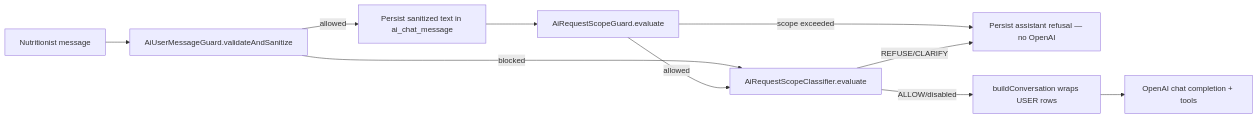
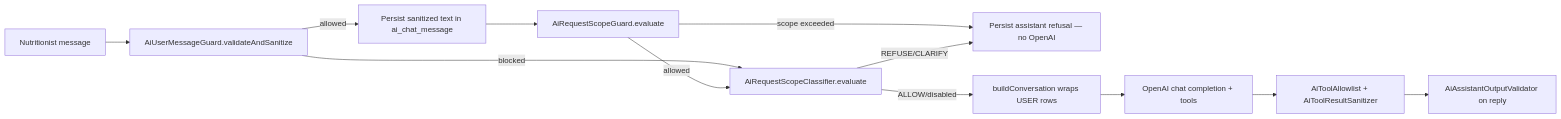
One commit to diego-torres/nutriconsultas changed the diagram in docs/ai/PROMPT-SECURITY.md. Above: the diagram before and after it, drawn with Mermaid. The commit also changed other lines of this file and 21 other files, not shown here.

````diff
--- a/docs/ai/PROMPT-SECURITY.md
+++ b/docs/ai/PROMPT-SECURITY.md
@@ -26,12 +31,14 @@
 ```mermaid
 flowchart LR
   A[Nutritionist message] --> B[AiUserMessageGuard.validateAndSanitize]
   B -->|blocked| C[400 Spanish error]
   B -->|allowed| D[Persist sanitized text in ai_chat_message]
   D --> S[AiRequestScopeGuard.evaluate]
   S -->|scope exceeded| R[Persist assistant refusal — no OpenAI]
   S -->|allowed| C[AiRequestScopeClassifier.evaluate]
   C -->|REFUSE/CLARIFY| R
   C -->|ALLOW/disabled| E[buildConversation wraps USER rows]
   E --> F[OpenAI chat completion + tools]
+  F --> G[AiToolAllowlist + AiToolResultSanitizer]
+  G --> H[AiAssistantOutputValidator on reply]
 ```
````
